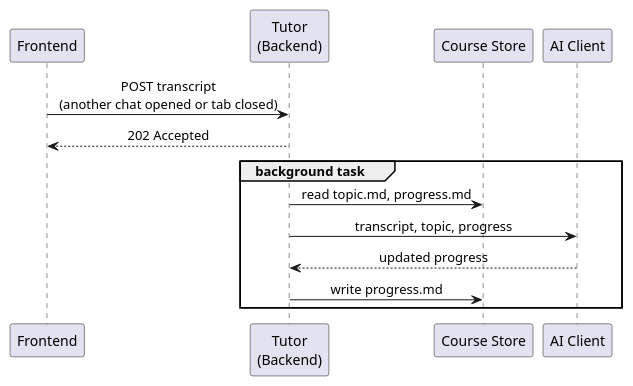
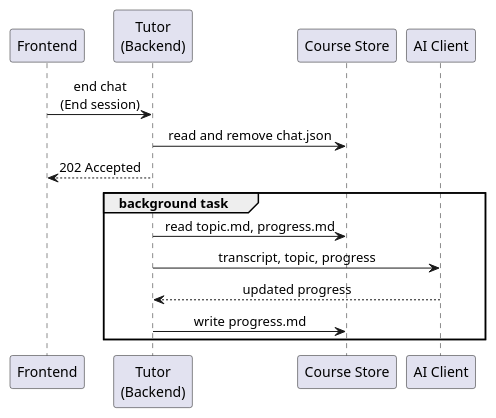
One commit to leon-hrk/iknownothing changed the diagram in docs/arc42/diagrams/runtime-finalization.puml. Above: the diagram before and after it, drawn with PlantUML. The commit also changed 18 other files, not shown here.

```diff
--- a/docs/arc42/diagrams/runtime-finalization.puml
+++ b/docs/arc42/diagrams/runtime-finalization.puml
@@ -1,19 +1,20 @@
 @startuml
 skinparam shadowing false
 skinparam defaultTextAlignment center
 
 participant "Frontend" as frontend
 participant "Tutor\n(Backend)" as tutor
 participant "Course Store" as store
 participant "AI Client" as ai
 
-frontend -> tutor : POST transcript\n(another chat opened or tab closed)
+frontend -> tutor : end chat\n(End session)
+tutor -> store : read and remove chat.json
 tutor --> frontend : 202 Accepted
 
 group background task
   tutor -> store : read topic.md, progress.md
   tutor -> ai : transcript, topic, progress
   ai --> tutor : updated progress
   tutor -> store : write progress.md
 end
 @enduml
```
